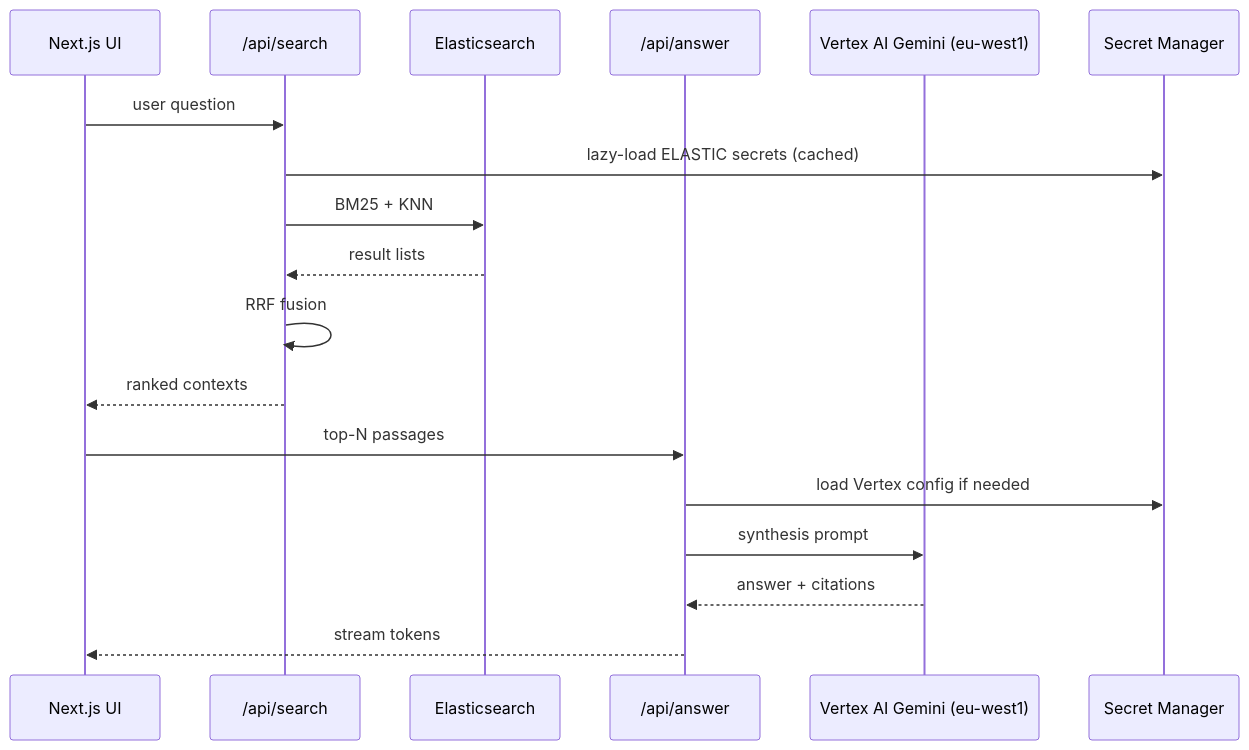
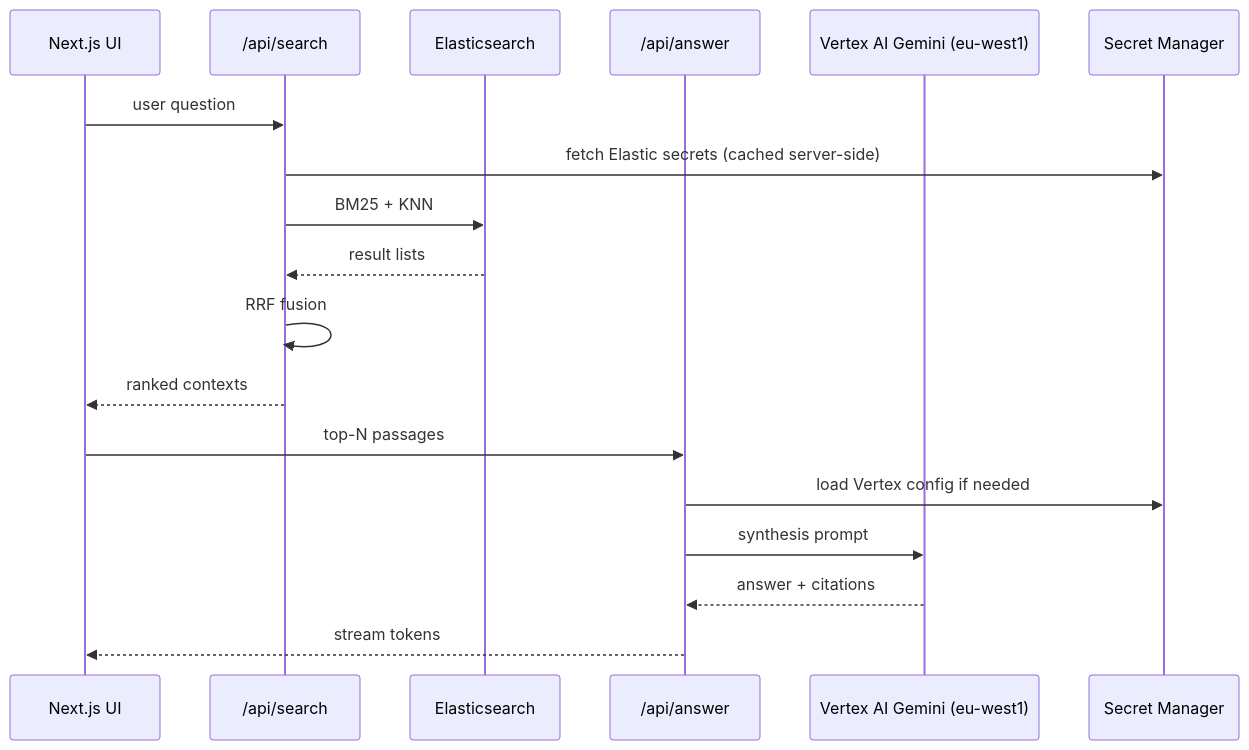
Before and after one commit to pixjobs/mindsieve: the third of 3 diagrams in README.md, drawn with Mermaid. The commit also changed other lines of this file, not shown here.

````diff
--- a/README.md
+++ b/README.md
@@ -65,21 +65,21 @@
 ```mermaid
 sequenceDiagram
   participant UI as Next.js UI
   participant Search as /api/search
   participant ES as Elasticsearch
   participant Answer as /api/answer
   participant Gemini as Vertex AI Gemini (eu-west1)
   participant SM as Secret Manager
 
   UI->>Search: user question
-  Search->>SM: lazy-load ELASTIC secrets (cached)
+  Search->>SM: fetch Elastic secrets (cached server-side)
   Search->>ES: BM25 + KNN
   ES-->>Search: result lists
   Search->>Search: RRF fusion
   Search-->>UI: ranked contexts
   UI->>Answer: top-N passages
   Answer->>SM: load Vertex config if needed
   Answer->>Gemini: synthesis prompt
   Gemini-->>Answer: answer + citations
   Answer-->>UI: stream tokens
 ```
````
